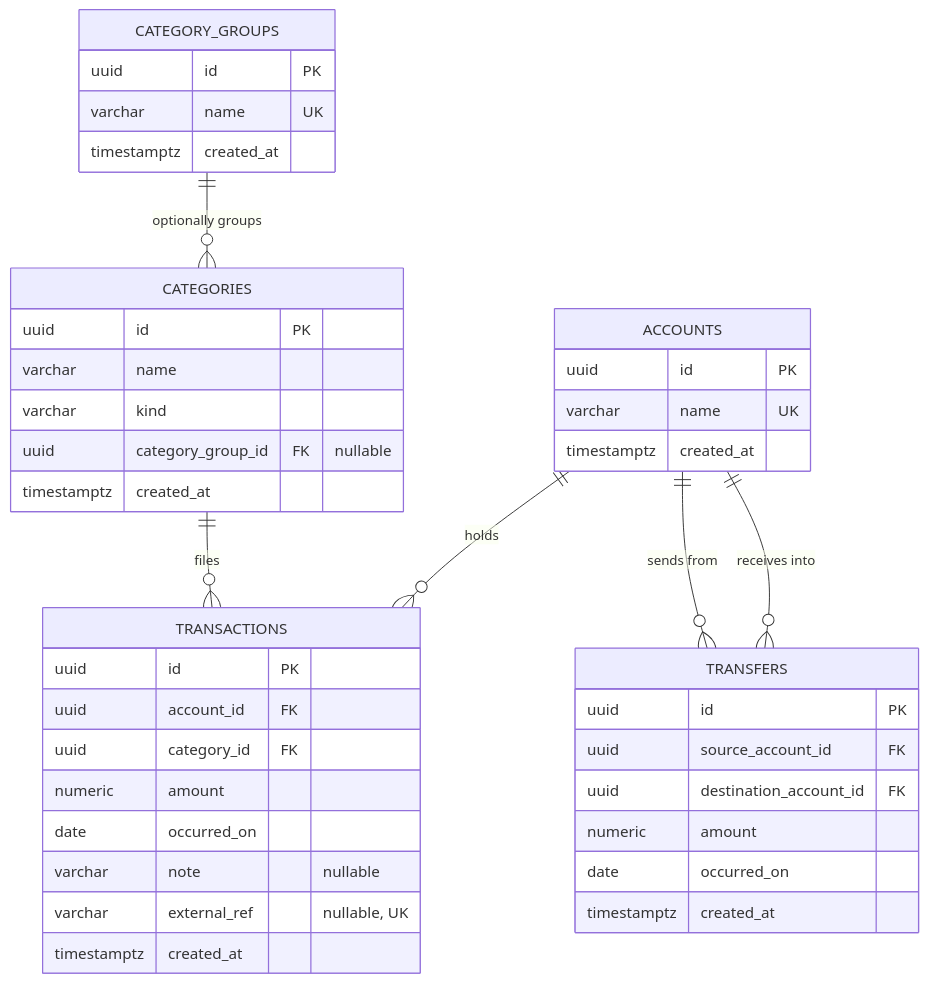
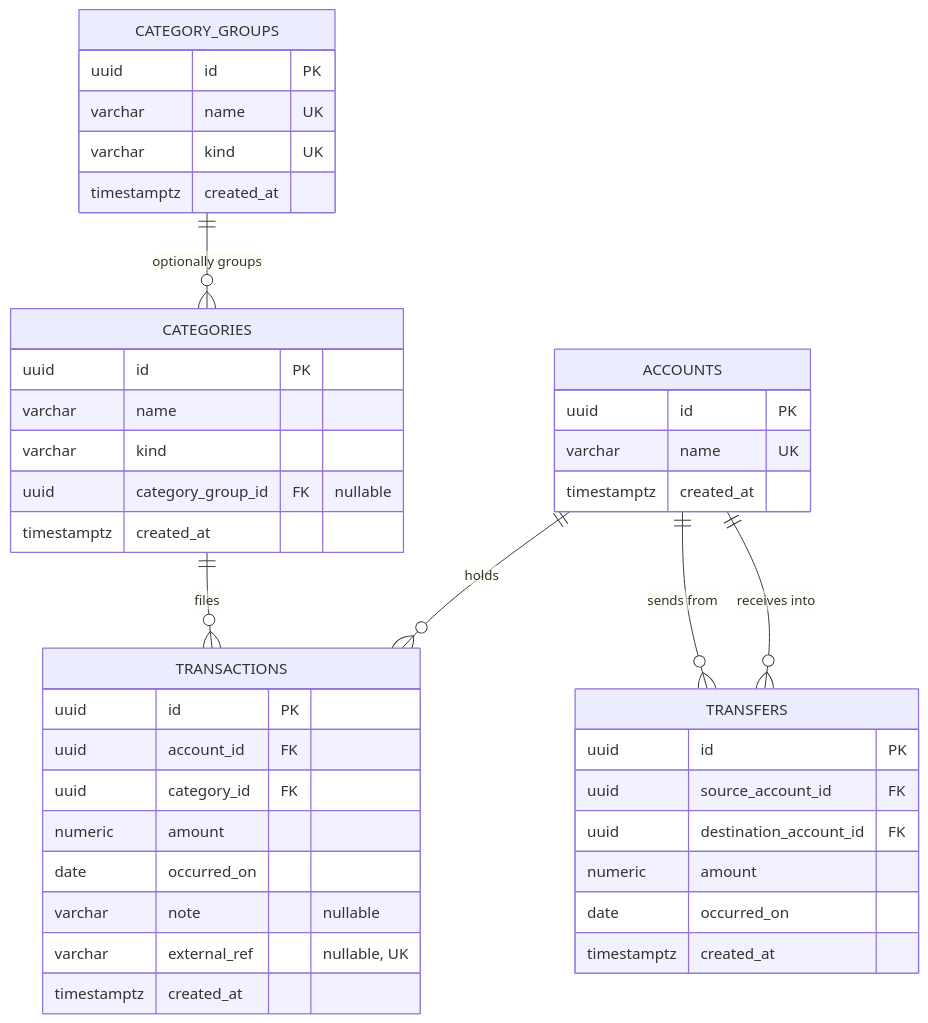
Before and after one commit to andrey-o-sim/FinNavis: the diagram in docs/features/core-ledger/data-model.md, drawn with Mermaid. The commit also changed other lines of this file and 3 other files, not shown here.

````diff
--- a/docs/features/core-ledger/data-model.md
+++ b/docs/features/core-ledger/data-model.md
@@ -27,48 +32,49 @@
 ```mermaid
 erDiagram
     CATEGORY_GROUPS ||--o{ CATEGORIES : "optionally groups"
     CATEGORIES      ||--o{ TRANSACTIONS : "files"
     ACCOUNTS        ||--o{ TRANSACTIONS : "holds"
     ACCOUNTS        ||--o{ TRANSFERS : "sends from"
     ACCOUNTS        ||--o{ TRANSFERS : "receives into"
 
     ACCOUNTS {
         uuid id PK
         varchar name UK
         timestamptz created_at
     }
 
     CATEGORY_GROUPS {
         uuid id PK
         varchar name UK
+        varchar kind UK
         timestamptz created_at
     }
 
     CATEGORIES {
         uuid id PK
         varchar name
         varchar kind
         uuid category_group_id FK "nullable"
         timestamptz created_at
     }
 
     TRANSACTIONS {
         uuid id PK
         uuid account_id FK
         uuid category_id FK
         numeric amount
         date occurred_on
         varchar note "nullable"
         varchar external_ref "nullable, UK"
         timestamptz created_at
     }
 
     TRANSFERS {
         uuid id PK
         uuid source_account_id FK
         uuid destination_account_id FK
         numeric amount
         date occurred_on
         timestamptz created_at
     }
 ```
````
